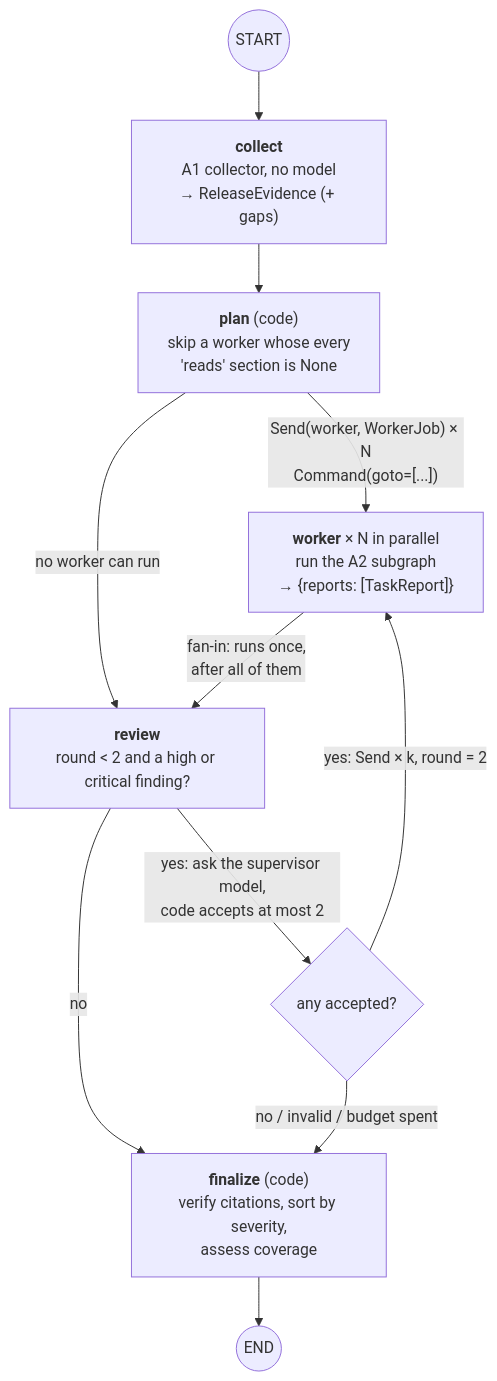
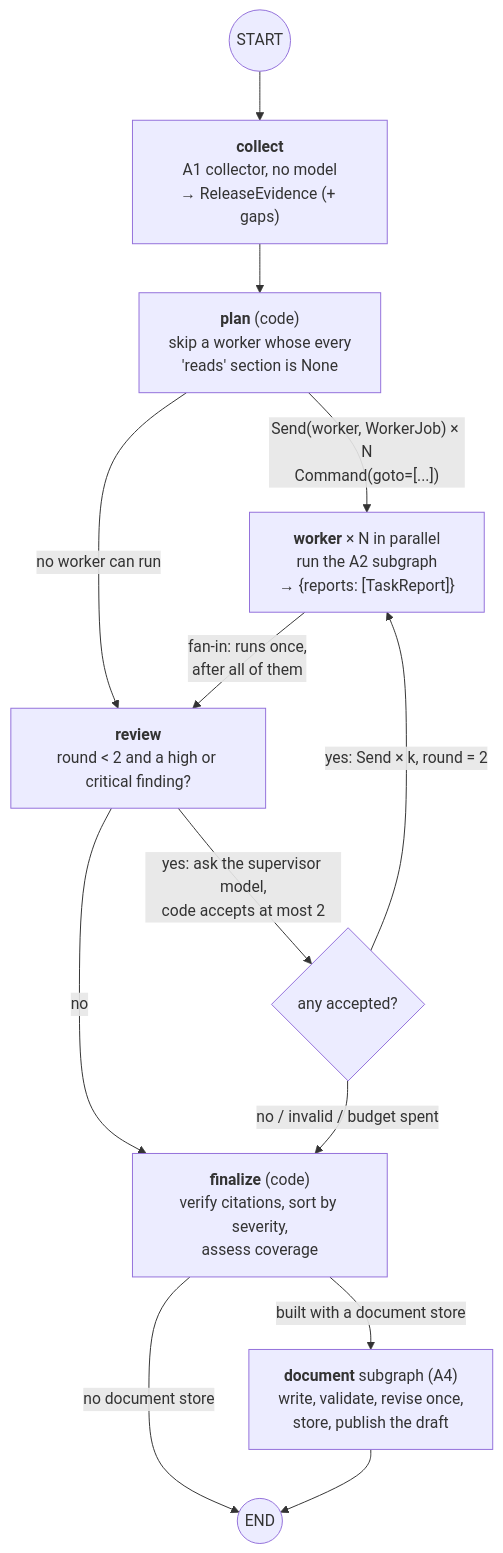
Before and after one commit to Aman-desta/release-copilot: the third of 11 diagrams in docs/execution-model.md, drawn with Mermaid. The commit also changed other lines of this file and 3 other files, not shown here.

````diff
--- a/docs/execution-model.md
+++ b/docs/execution-model.md
@@ -104,13 +105,15 @@
 ```mermaid
 flowchart TD
     S((START)) --> collect["<b>collect</b><br/>A1 collector, no model<br/>→ ReleaseEvidence (+ gaps)"]
     collect --> plan["<b>plan</b> (code)<br/>skip a worker whose every<br/>'reads' section is None"]
     plan -- "Send(worker, WorkerJob) × N<br/>Command(goto=[...])" --> worker["<b>worker</b> × N in parallel<br/>run the A2 subgraph<br/>→ {reports: [TaskReport]}"]
     plan -- "no worker can run" --> review
     worker -- "fan-in: runs once,<br/>after all of them" --> review["<b>review</b><br/>round < 2 and a high or critical finding?"]
     review -- "no" --> finalize
     review -- "yes: ask the supervisor model,<br/>code accepts at most 2" --> fu{"any accepted?"}
     fu -- "yes: Send × k, round = 2" --> worker
     fu -- "no / invalid / budget spent" --> finalize["<b>finalize</b> (code)<br/>verify citations, sort by severity,<br/>assess coverage"]
-    finalize --> E((END))
+    finalize -- "built with a document store" --> document["<b>document</b> subgraph (A4)<br/>write, validate, revise once,<br/>store, publish the draft"]
+    finalize -- "no document store" --> E((END))
+    document --> E
 ```
````
